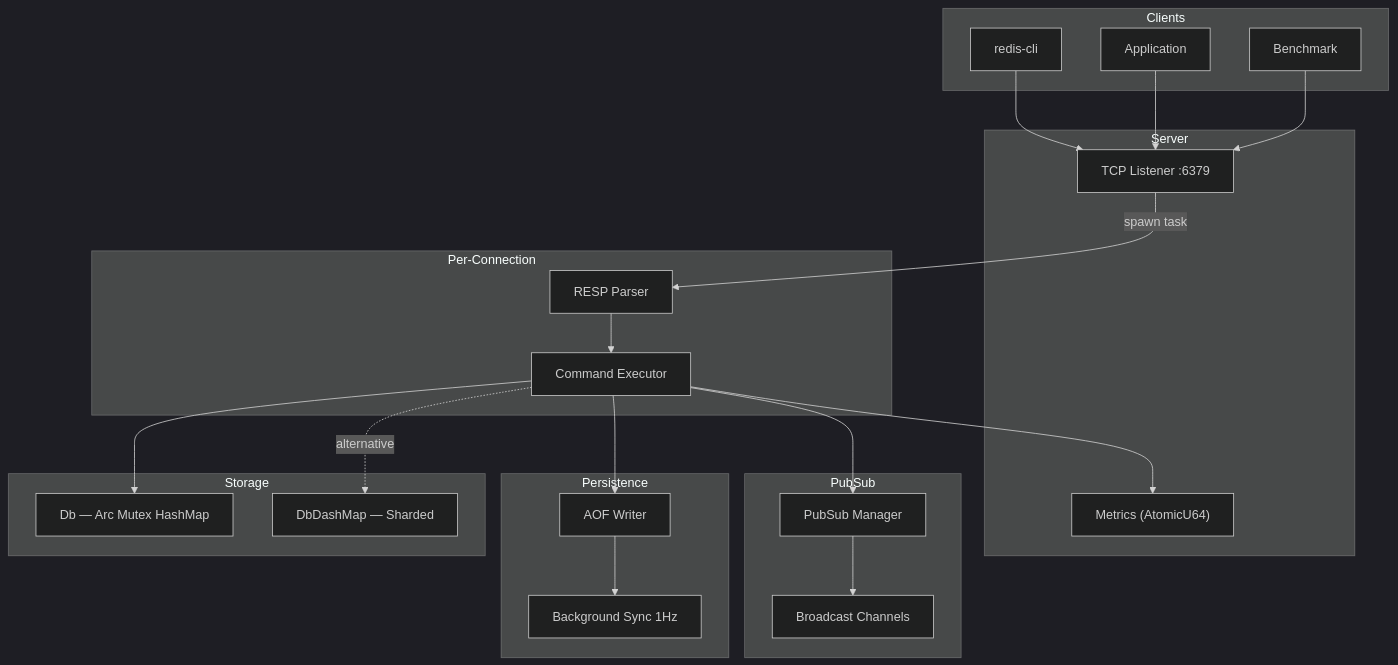
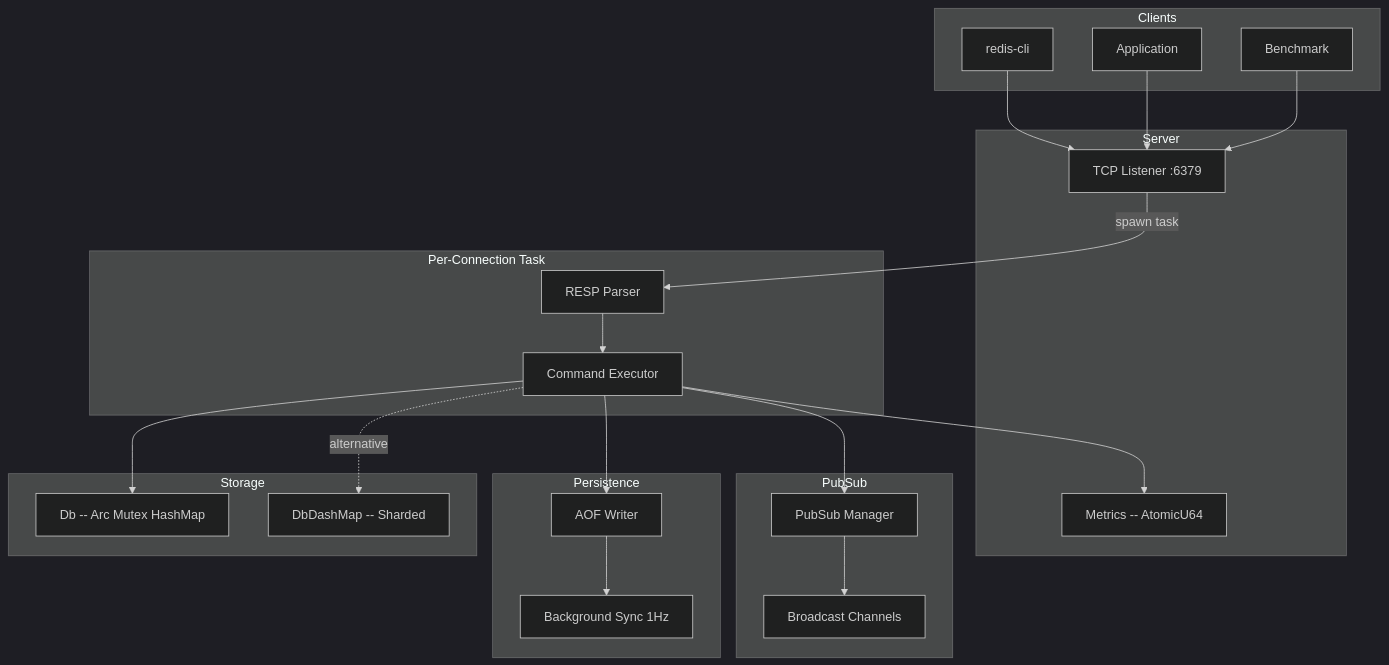
The diagram in README.md (Saksham932007/RustRedis), drawn with Mermaid (dark theme) before and after one commit. The commit also changed other lines of this file and 7 other files, not shown here.

````diff
--- a/README.md
+++ b/README.md
@@ -26,41 +23,41 @@
 ```mermaid
 graph TB
     subgraph Clients
         C1["redis-cli"]
         C2["Application"]
         C3["Benchmark"]
     end
 
     subgraph Server
         L["TCP Listener :6379"]
-        M["Metrics (AtomicU64)"]
+        M["Metrics -- AtomicU64"]
     end
 
-    subgraph Per-Connection
+    subgraph Per-Connection Task
         FP["RESP Parser"]
         CE["Command Executor"]
     end
 
     subgraph Storage
-        DB1["Db — Arc Mutex HashMap"]
-        DB2["DbDashMap — Sharded"]
+        DB1["Db -- Arc Mutex HashMap"]
+        DB2["DbDashMap -- Sharded"]
     end
 
     subgraph Persistence
         AOF["AOF Writer"]
         BG["Background Sync 1Hz"]
     end
 
     subgraph PubSub
         PS["PubSub Manager"]
         BC["Broadcast Channels"]
     end
 
     C1 & C2 & C3 --> L
     L -->|spawn task| FP --> CE
     CE --> DB1
     CE -.->|alternative| DB2
     CE --> AOF --> BG
     CE --> PS --> BC
     CE --> M
 ```
````
